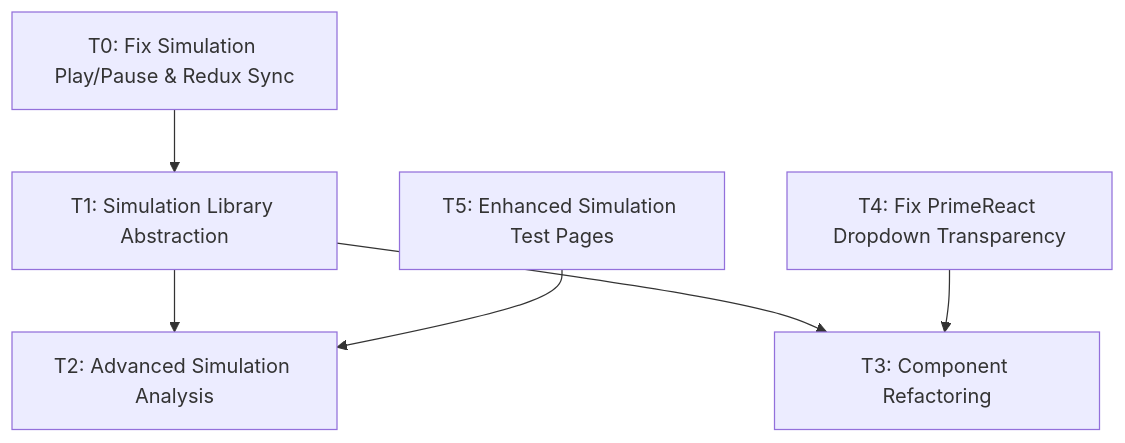
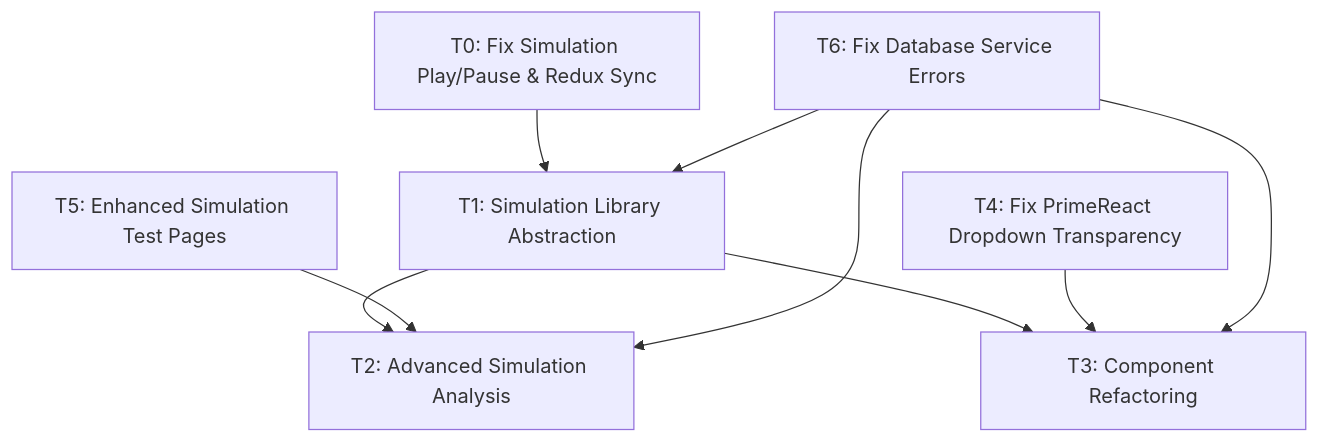
The diagram in memory-bank/tasks.md (space-cadet/spin_network_app), drawn with Mermaid before and after one commit. The commit also changed other lines of this file and 11 other files, not shown here.

First line of the commit message:
fix(database): resolve TypeScript build errors in database services

````diff
--- a/memory-bank/tasks.md
+++ b/memory-bank/tasks.md
@@ -142,15 +166,19 @@
 ```mermaid
 graph TD
     T1[T1: Simulation Library Abstraction]
     T2[T2: Advanced Simulation Analysis]
     T3[T3: Component Refactoring]
     T0[T0: Fix Simulation Play/Pause & Redux Sync]
     T4[T4: Fix PrimeReact Dropdown Transparency]
     T5[T5: Enhanced Simulation Test Pages]
+    T6[T6: Fix Database Service Errors]
     
     T0 --> T1
     T1 --> T2
     T1 --> T3
     T4 --> T3
     T5 --> T2
+    T6 --> T1
+    T6 --> T2
+    T6 --> T3
 ```
````
